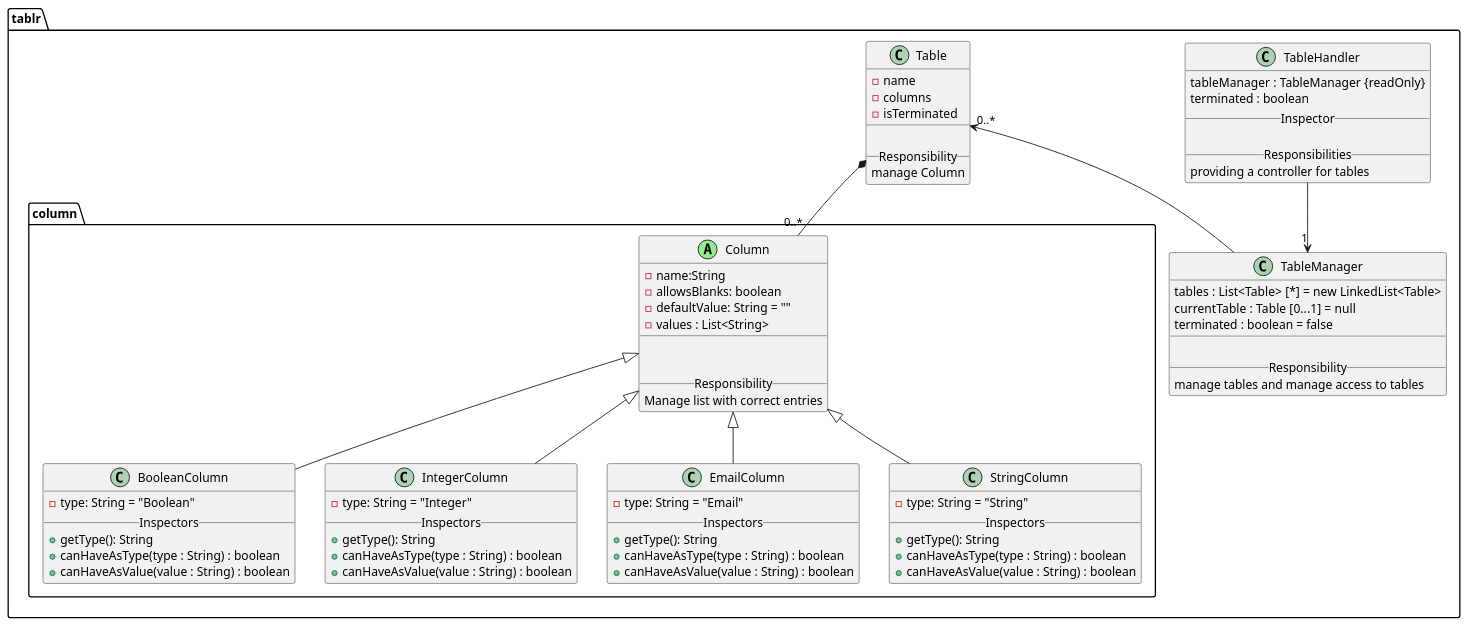
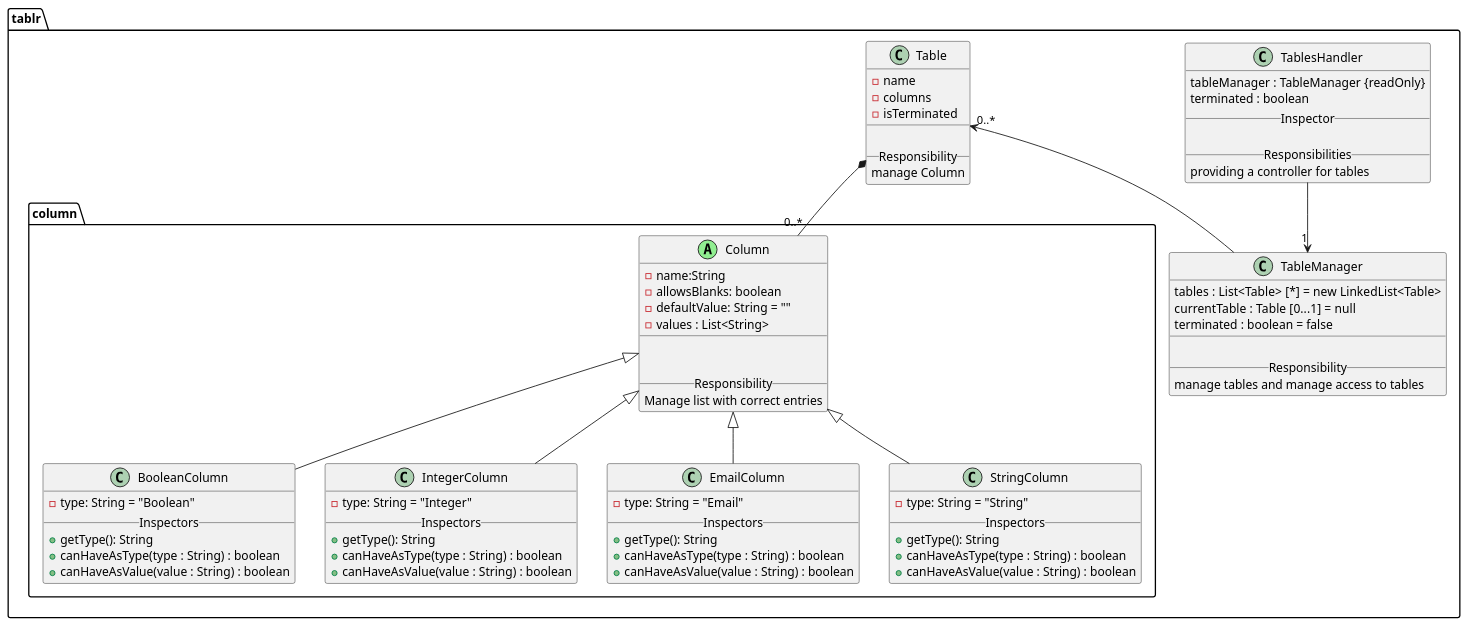
One commit to Bhamoss/softwareOntwerpProject changed the diagram in diagrams/classDiagrams/tablr.puml. Above: the diagram before and after it, drawn with PlantUML. The commit also changed 1 other file, not shown here.

Commit message:
Adjusted diagrams to be more readable (and removed minor errors)

```diff
--- a/diagrams/classDiagrams/tablr.puml
+++ b/diagrams/classDiagrams/tablr.puml
@@ -1,96 +1,96 @@
 @startuml
 
 package "tablr" {
 
 
 
-    class TableHandler{
+    class TablesHandler{
         tableManager : TableManager {readOnly}
         terminated : boolean
         __Inspector__
 
         __Responsibilities__
         providing a controller for tables
     }
 
 
     class TableManager{
         tables : List<Table> [*] = new LinkedList<Table>
         currentTable : Table [0...1] = null
         terminated : boolean = false
         __
 
         __Responsibility__
         manage tables and manage access to tables
     }
 
     Table "0..*" <-- TableManager
-    TableHandler --> "1" TableManager
+    TablesHandler --> "1" TableManager
 
 
 
 
     class Table{
         -name
         -columns
         -isTerminated
         __
 
         __Responsibility__
         manage Column
     }
 
     package "column" {
 
         Column <|-- BooleanColumn
         Column <|-- IntegerColumn
         Column <|-- EmailColumn
         Column <|-- StringColumn
 
         class Column <<(A, lightgreen)>>{
             -name:String
             -allowsBlanks: boolean
             -defaultValue: String = ""
             -values : List<String>
             __
 
 
         __Responsibility__
         Manage list with correct entries
         }
 
         Table *-- "0..*" Column
 
         class BooleanColumn{
             -type: String = "Boolean"
             __Inspectors__
             +getType(): String
             +canHaveAsType(type : String) : boolean
             +canHaveAsValue(value : String) : boolean
         }
         class StringColumn{
             -type: String = "String"
             __Inspectors__
             +getType(): String
             +canHaveAsType(type : String) : boolean
             +canHaveAsValue(value : String) : boolean
         }
         class EmailColumn{
             -type: String = "Email"
             __Inspectors__
             +getType(): String
             +canHaveAsType(type : String) : boolean
             +canHaveAsValue(value : String) : boolean
         }
         class IntegerColumn{
             -type: String = "Integer"
             __Inspectors__
             +getType(): String
             +canHaveAsType(type : String) : boolean
             +canHaveAsValue(value : String) : boolean
         }
     }
 }
 
 
 @enduml
```
